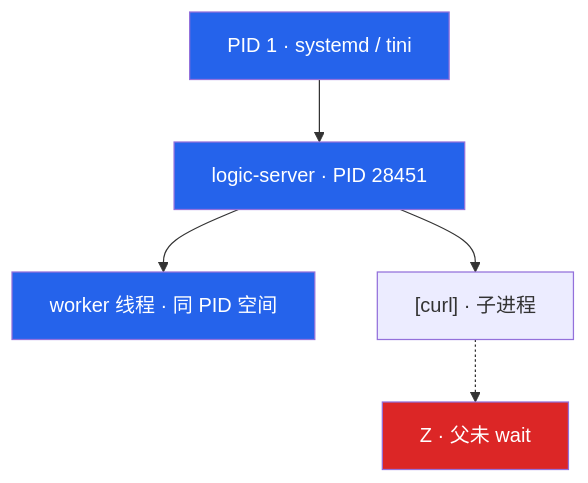
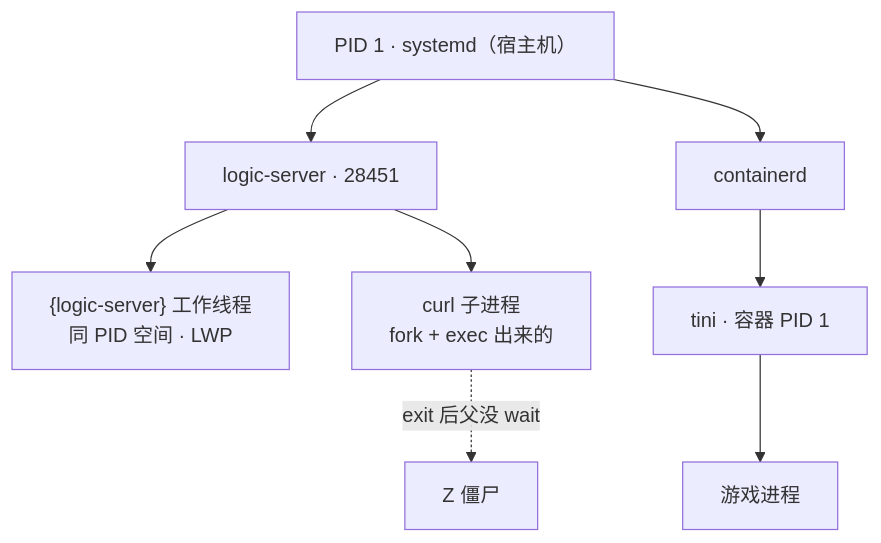
One commit to ml-cuizijun/LearnToLilith changed the second of 8 diagrams in 01-基础底座/05-进程与信号/知识点.md. Above: the diagram before and after it, drawn with Mermaid. The commit also changed other lines of this file and 470 other files, not shown here.

````diff
--- a/01-基础底座/05-进程与信号/知识点.md
+++ b/01-基础底座/05-进程与信号/知识点.md
@@ -169,18 +91,8 @@
 ```mermaid
 flowchart TB
-    init["PID 1 · systemd / tini"]
-    logic["logic-server · PID 28451"]
-    worker["worker 线程 · 同 PID 空间"]
-    curl["[curl] · 子进程"]
-    zombie["Z · 父未 wait"]
-
-    init --> logic
-    logic --> worker
-    logic --> curl
-    curl -.-> zombie
-
-    classDef a fill:#2563EB,color:#fff
-    classDef bad fill:#DC2626,color:#fff
-    class init,logic,worker a
-    class zombie bad
+    P1["PID 1 · systemd（宿主机）"] --> LS["logic-server · 28451"]
+    LS --> TH["{logic-server} 工作线程<br/>同 PID 空间 · LWP"]
+    LS --> CURL["curl 子进程<br/>fork + exec 出来的"]
+    CURL -.->|"exit 后父没 wait"| Z1["Z 僵尸"]
+    P1 --> CT["containerd"] --> TINI["tini · 容器 PID 1"] --> APP["游戏进程"]
 ```
````
